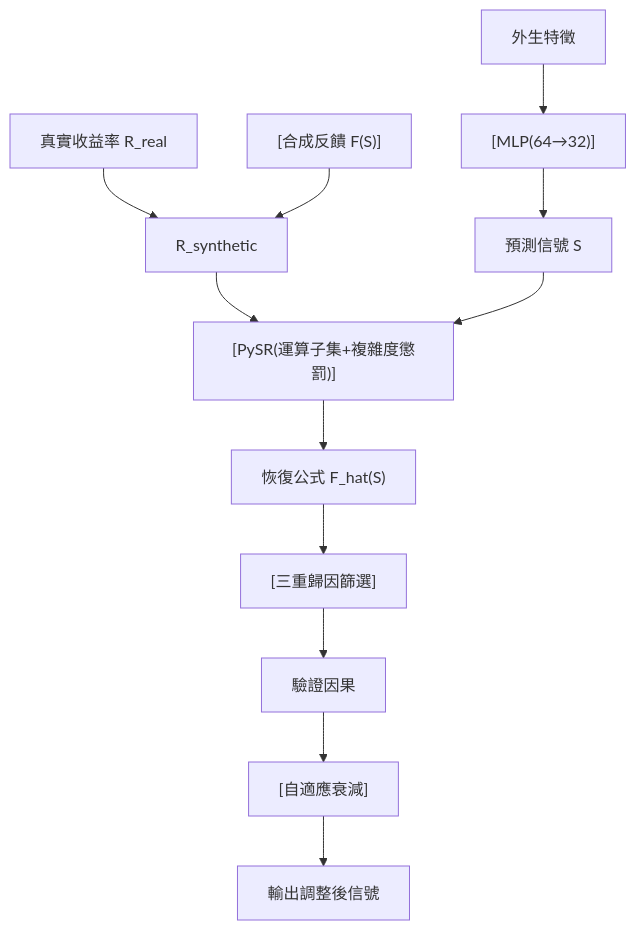
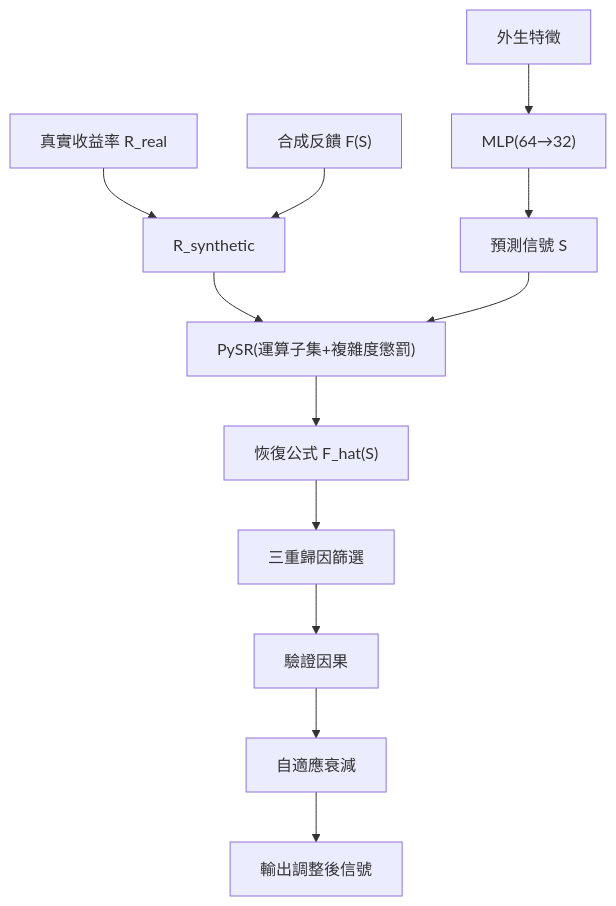
One commit to sou350121/Trading-Handbook changed the diagram in foundations/causal-structural/seer.md. Above: the diagram before and after it, drawn with Mermaid. The commit also changed 191 other files, not shown here.

First line of the commit message:
render: fix math + mermaid for GitHub across the corpus (188 pages)

````diff
--- a/foundations/causal-structural/seer.md
+++ b/foundations/causal-structural/seer.md
@@ -32,14 +32,14 @@
 ```mermaid
 flowchart TD
-    A["外生特徵"] --> B["[MLP(64→32)]"]
-    B["[MLP(64→32)]"] --> C["預測信號 S"]
+    A["外生特徵"] --> B["MLP(64→32)"]
+    B["MLP(64→32)"] --> C["預測信號 S"]
     D["真實收益率 R_real"] --> F["R_synthetic"]
-    E["[合成反饋 F(S)]"] --> F["R_synthetic"]
-    F["R_synthetic"] --> G["[PySR(運算子集+複雜度懲罰)]"]
-    C["預測信號 S"] --> G["[PySR(運算子集+複雜度懲罰)]"]
-    G["[PySR(運算子集+複雜度懲罰)]"] --> H["恢復公式 F_hat(S)"]
-    H["恢復公式 F_hat(S)"] --> I["[三重歸因篩選]"]
-    I["[三重歸因篩選]"] --> J["驗證因果"]
-    J["驗證因果"] --> K["[自適應衰減]"]
-    K["[自適應衰減]"] --> L["輸出調整後信號"]
+    E["合成反饋 F(S)"] --> F["R_synthetic"]
+    F["R_synthetic"] --> G["PySR(運算子集+複雜度懲罰)"]
+    C["預測信號 S"] --> G["PySR(運算子集+複雜度懲罰)"]
+    G["PySR(運算子集+複雜度懲罰)"] --> H["恢復公式 F_hat(S)"]
+    H["恢復公式 F_hat(S)"] --> I["三重歸因篩選"]
+    I["三重歸因篩選"] --> J["驗證因果"]
+    J["驗證因果"] --> K["自適應衰減"]
+    K["自適應衰減"] --> L["輸出調整後信號"]
 ```
````
